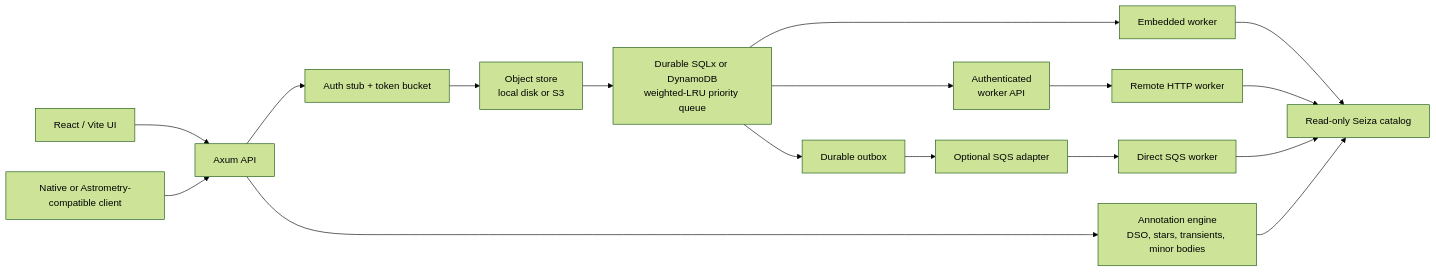
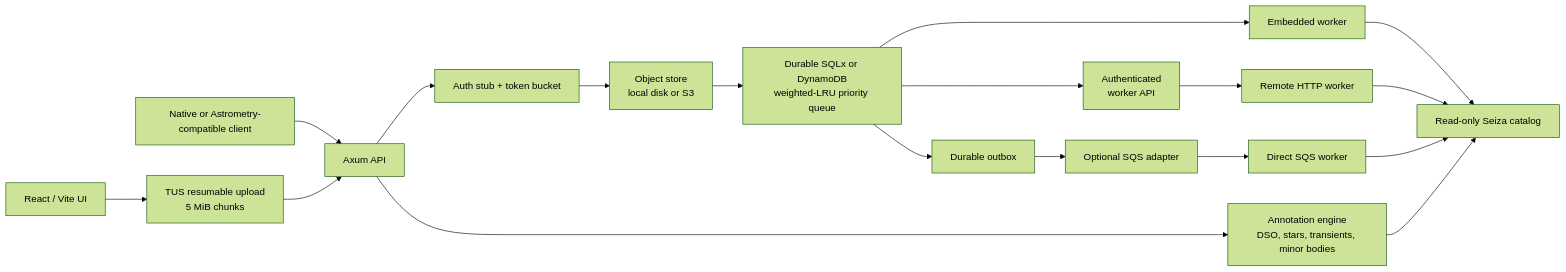
One commit to theatrus/seiza-server changed the diagram in docs/architecture.md. Above: the diagram before and after it, drawn with Mermaid (forest theme). The commit also changed other lines of this file and 15 other files, not shown here.

````diff
--- a/docs/architecture.md
+++ b/docs/architecture.md
@@ -5,19 +5,20 @@
 ```mermaid
 flowchart LR
-    Browser["React / Vite UI"] --> API["Axum API"]
+    Browser["React / Vite UI"] --> Upload["TUS resumable upload\n5 MiB chunks"]
     Client["Native or Astrometry-compatible client"] --> API
+    Upload --> API["Axum API"]
     API --> Admission["Auth stub + token bucket"]
     Admission --> Store["Object store\nlocal disk or S3"]
     Store --> Queue["Durable SQLx or DynamoDB\nweighted-LRU priority queue"]
     Queue --> Embedded["Embedded worker"]
     Queue --> WorkerAPI["Authenticated\nworker API"]
     Queue --> Outbox["Durable outbox"]
     Outbox --> SQS["Optional SQS adapter"]
     SQS --> Direct["Direct SQS worker"]
     WorkerAPI --> Remote["Remote HTTP worker"]
     Embedded --> Catalog["Read-only Seiza catalog"]
     Remote --> Catalog
     Direct --> Catalog
     API --> Annotations["Annotation engine\nDSO, stars, transients, minor bodies"]
     Annotations --> Catalog
 ```
````
